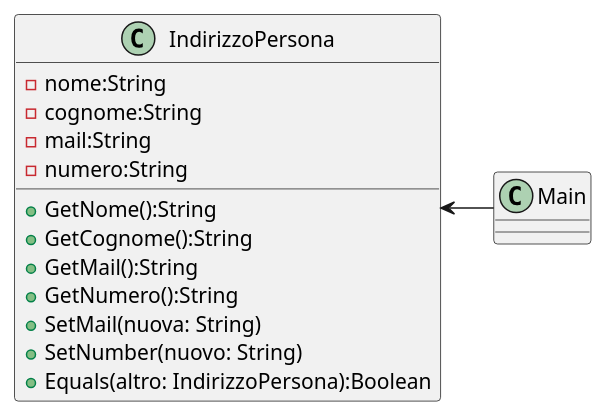
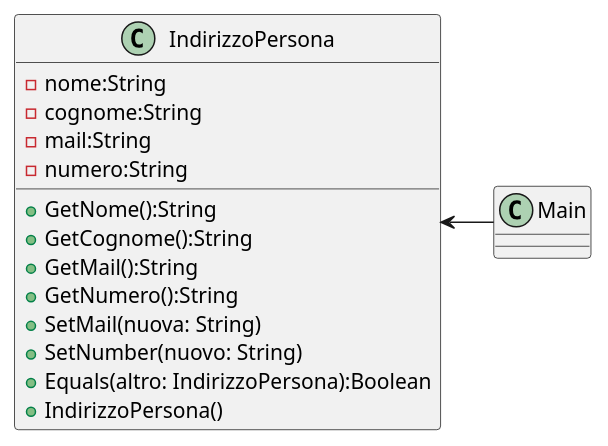
One commit to ironlanderl/programmazioneOggetti changed the diagram in EsercizioOOP2/src/Class.puml. Above: the diagram before and after it, drawn with PlantUML. The commit also changed 4 other files, not shown here.

```diff
--- a/EsercizioOOP2/src/Class.puml
+++ b/EsercizioOOP2/src/Class.puml
@@ -1,25 +1,26 @@
 @startuml
 'https://plantuml.com/class-diagram
 
 IndirizzoPersona <- Main
 
 class IndirizzoPersona{
 -nome:String
 -cognome:String
 -mail:String
 -numero:String
 
 +GetNome():String
 +GetCognome():String
 +GetMail():String
 +GetNumero():String
 +SetMail(nuova: String)
 +SetNumber(nuovo: String)
 +Equals(altro: IndirizzoPersona):Boolean
++IndirizzoPersona()
 }
 
 class Main{
 
 }
 
 @enduml
```
